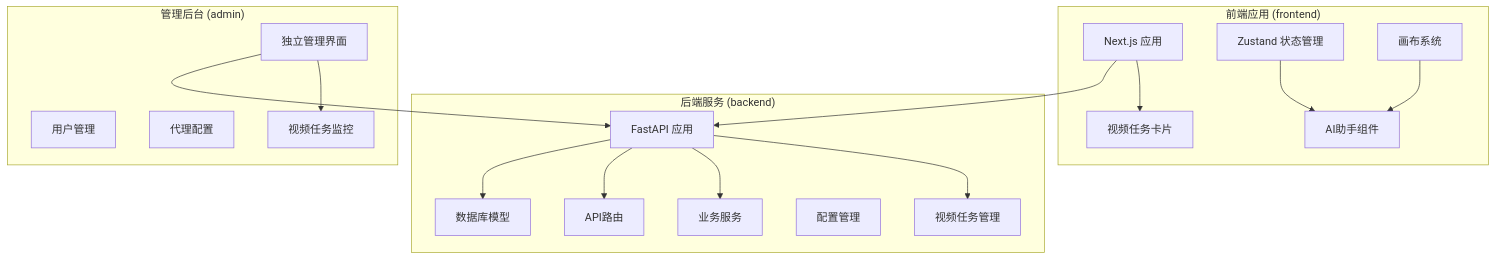
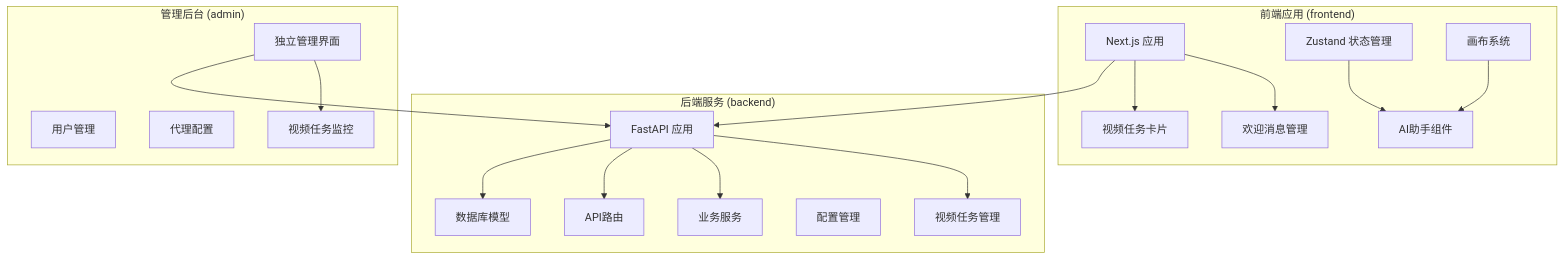
Before and after one commit to KunLabAI/KunFlix: the first of 19 diagrams in .qoder/repowiki/zh/content/前端应用架构/状态管理/Zustand Store 设计/增强的AI助手存储.md, drawn with Mermaid. The commit also changed other lines of this file and 20 other files, not shown here.

````diff
--- a/.qoder/repowiki/zh/content/前端应用架构/状态管理/Zustand Store 设计/增强的AI助手存储.md
+++ b/.qoder/repowiki/zh/content/前端应用架构/状态管理/Zustand Store 设计/增强的AI助手存储.md
@@ -62,34 +66,36 @@
 ```mermaid
 graph TB
 subgraph "后端服务 (backend)"
 A[FastAPI 应用]
 B[数据库模型]
 C[API路由]
 D[业务服务]
 E[配置管理]
 F[视频任务管理]
 end
 subgraph "前端应用 (frontend)"
 G[Next.js 应用]
 H[Zustand 状态管理]
 I[AI助手组件]
 J[画布系统]
 K[视频任务卡片]
+L[欢迎消息管理]
 end
 subgraph "管理后台 (admin)"
-L[独立管理界面]
-M[用户管理]
-N[代理配置]
-O[视频任务监控]
+M[独立管理界面]
+N[用户管理]
+O[代理配置]
+P[视频任务监控]
 end
 A --> B
 A --> C
 A --> D
 A --> F
 G --> A
 G --> K
-L --> A
-L --> O
+G --> L
+M --> A
+M --> P
 H --> I
 J --> I
 ```
````
